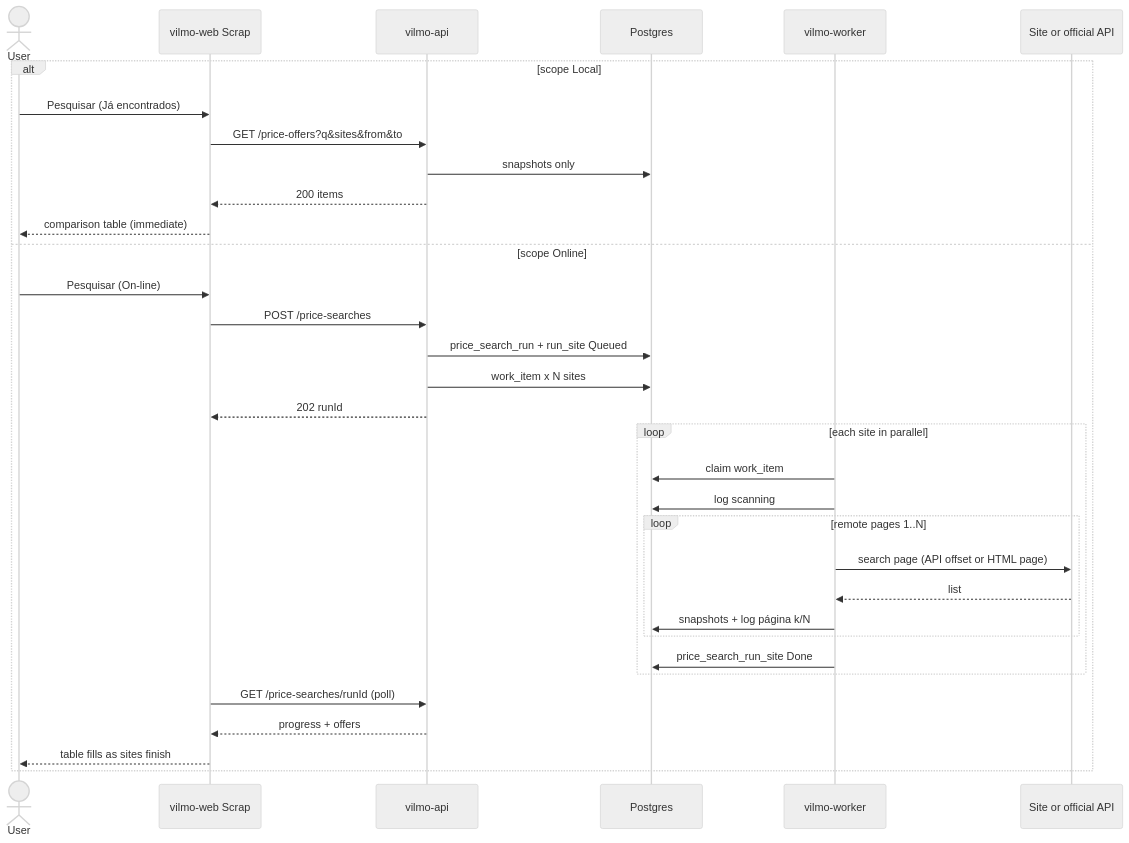
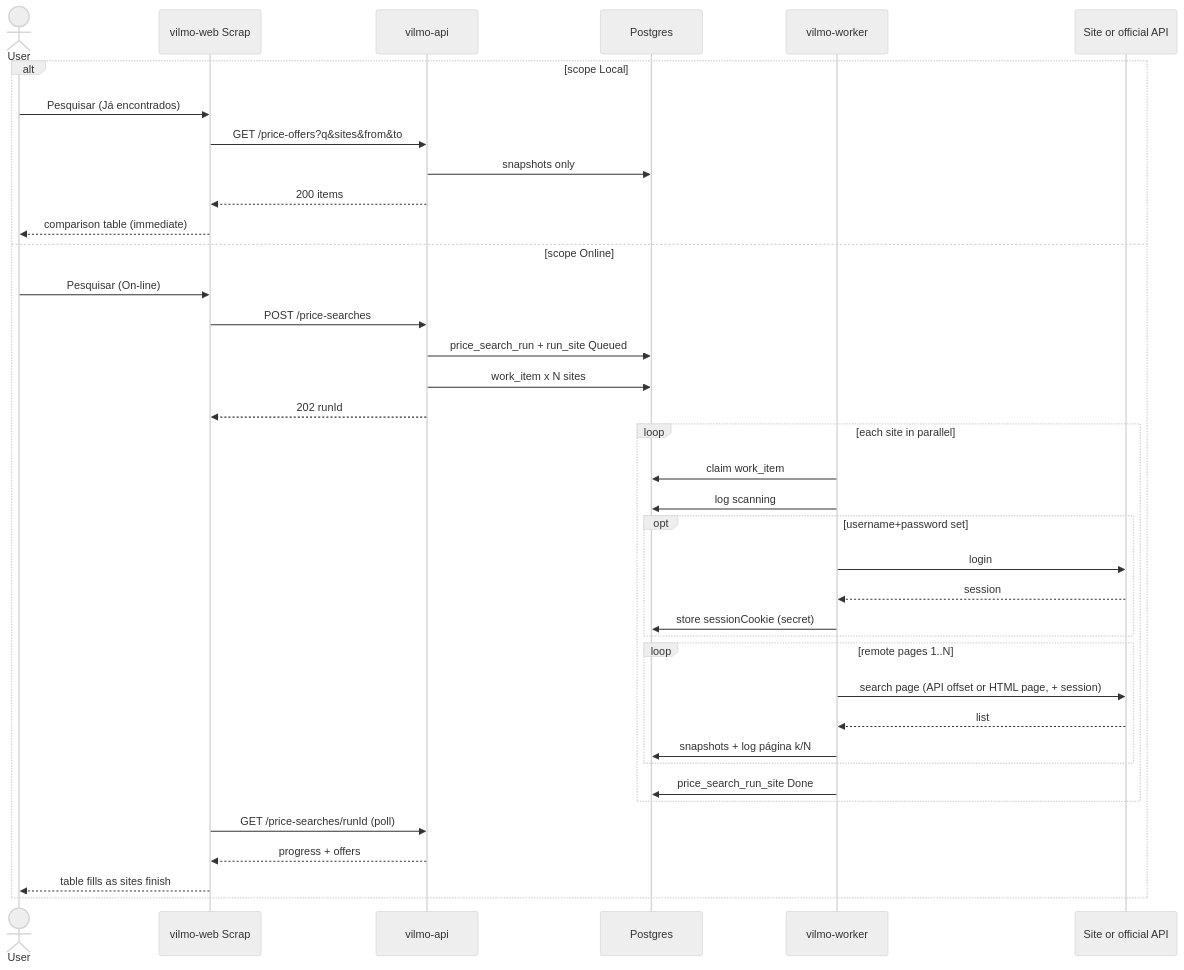
The diagram in MD/PRICE_SEARCH.md (andrevilmo/VilmoMarketingEngine), drawn with Mermaid (neutral theme) before and after one commit. The commit also changed other lines of this file, not shown here.

First line of the commit message:
docs(price-search): per-site username/password login in Configurações

````diff
--- a/MD/PRICE_SEARCH.md
+++ b/MD/PRICE_SEARCH.md
@@ -283,36 +325,41 @@
 ```mermaid
 sequenceDiagram
   actor User
   participant Web as vilmo-web Scrap
   participant Api as vilmo-api
   participant Db as Postgres
   participant W as vilmo-worker
   participant Site as Site or official API
 
   alt scope Local
     User->>Web: Pesquisar (Já encontrados)
     Web->>Api: GET /price-offers?q&sites&from&to
     Api->>Db: snapshots only
     Api-->>Web: 200 items
     Web-->>User: comparison table (immediate)
   else scope Online
     User->>Web: Pesquisar (On-line)
     Web->>Api: POST /price-searches
     Api->>Db: price_search_run + run_site Queued
     Api->>Db: work_item x N sites
     Api-->>Web: 202 runId
     loop each site in parallel
       W->>Db: claim work_item
       W->>Db: log scanning
+      opt username+password set
+        W->>Site: login
+        Site-->>W: session
+        W->>Db: store sessionCookie (secret)
+      end
       loop remote pages 1..N
-        W->>Site: search page (API offset or HTML page)
+        W->>Site: search page (API offset or HTML page, + session)
         Site-->>W: list
         W->>Db: snapshots + log página k/N
       end
       W->>Db: price_search_run_site Done
     end
     Web->>Api: GET /price-searches/runId (poll)
     Api-->>Web: progress + offers
     Web-->>User: table fills as sites finish
   end
 ```
````
